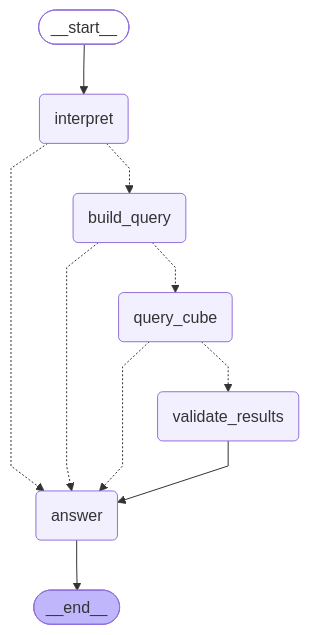
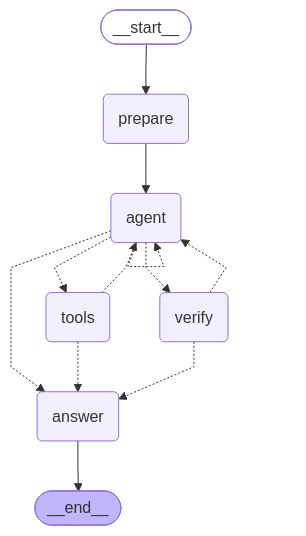
One commit to dayyan555/ff-analytics-agent changed the diagram in docs/graph.md. Above: the diagram before and after it, drawn with Mermaid. The commit also changed 35 other files, not shown here.

````diff
--- a/docs/graph.md
+++ b/docs/graph.md
@@ -1,28 +1,30 @@
 ```mermaid
 ---
 config:
   flowchart:
     curve: linear
 ---
 graph TD;
 	__start__([<p>__start__</p>]):::first
-	interpret(interpret)
-	build_query(build_query)
-	query_cube(query_cube)
-	validate_results(validate_results)
+	prepare(prepare)
+	agent(agent)
+	tools(tools)
+	verify(verify)
 	answer(answer)
 	__end__([<p>__end__</p>]):::last
-	__start__ --> interpret;
-	build_query -.-> answer;
-	build_query -.-> query_cube;
-	interpret -.-> answer;
-	interpret -.-> build_query;
-	query_cube -.-> answer;
-	query_cube -.-> validate_results;
-	validate_results --> answer;
+	__start__ --> prepare;
+	agent -.-> answer;
+	agent -.-> tools;
+	agent -.-> verify;
+	prepare --> agent;
+	tools -.-> agent;
+	tools -.-> answer;
+	verify -.-> agent;
+	verify -.-> answer;
 	answer --> __end__;
+	agent -.-> agent;
 	classDef default fill:#f2f0ff,line-height:1.2
 	classDef first fill-opacity:0
 	classDef last fill:#bfb6fc
 
 ```
````
